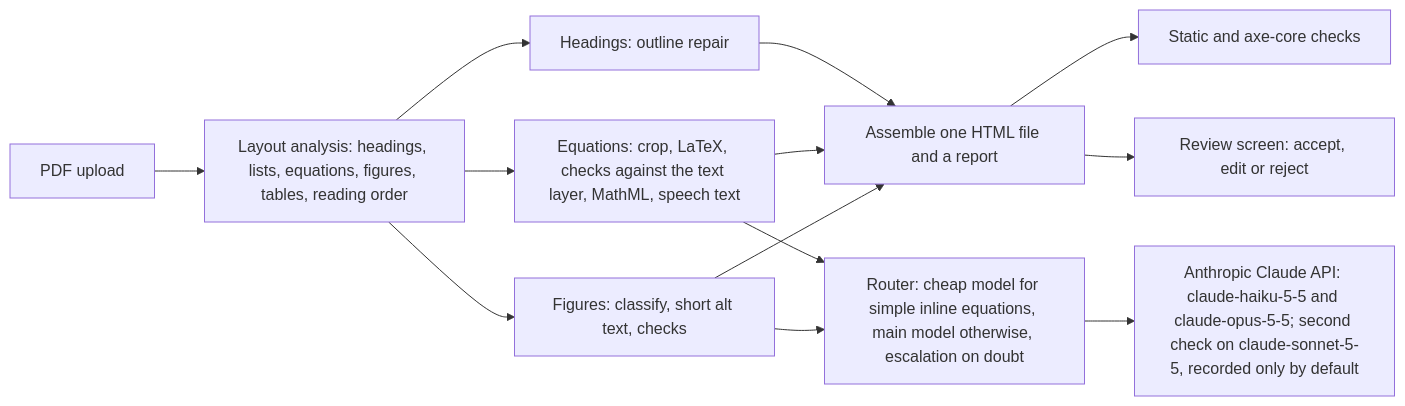
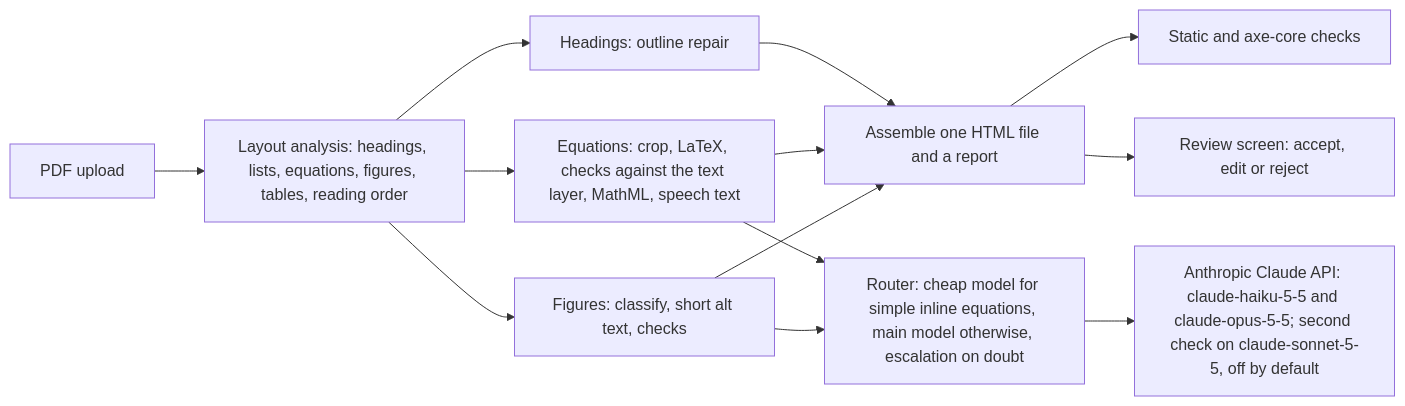
The diagram in README.md (harishm17/readablestem), drawn with Mermaid before and after one commit. The commit also changed 12 other files, not shown here.

Commit message:
The Claude second check is off by default (WS10.5); the changelog for this branch

````diff
--- a/README.md
+++ b/README.md
@@ -345,12 +345,12 @@
 ```mermaid
 flowchart LR
   PDF[PDF upload] --> L[Layout analysis: headings, lists, equations, figures, tables, reading order]
   L --> H[Headings: outline repair]
   L --> E[Equations: crop, LaTeX, checks against the text layer, MathML, speech text]
   L --> F[Figures: classify, short alt text, checks]
   E & F --> R[Router: cheap model for simple inline equations, main model otherwise, escalation on doubt]
-  R --> M[Anthropic Claude API: claude-haiku-5-5 and claude-opus-5-5; second check on claude-sonnet-5-5, recorded only by default]
+  R --> M[Anthropic Claude API: claude-haiku-5-5 and claude-opus-5-5; second check on claude-sonnet-5-5, off by default]
   H & E & F --> A[Assemble one HTML file and a report]
   A --> C[Static and axe-core checks]
   A --> V[Review screen: accept, edit or reject]
 ```
````
